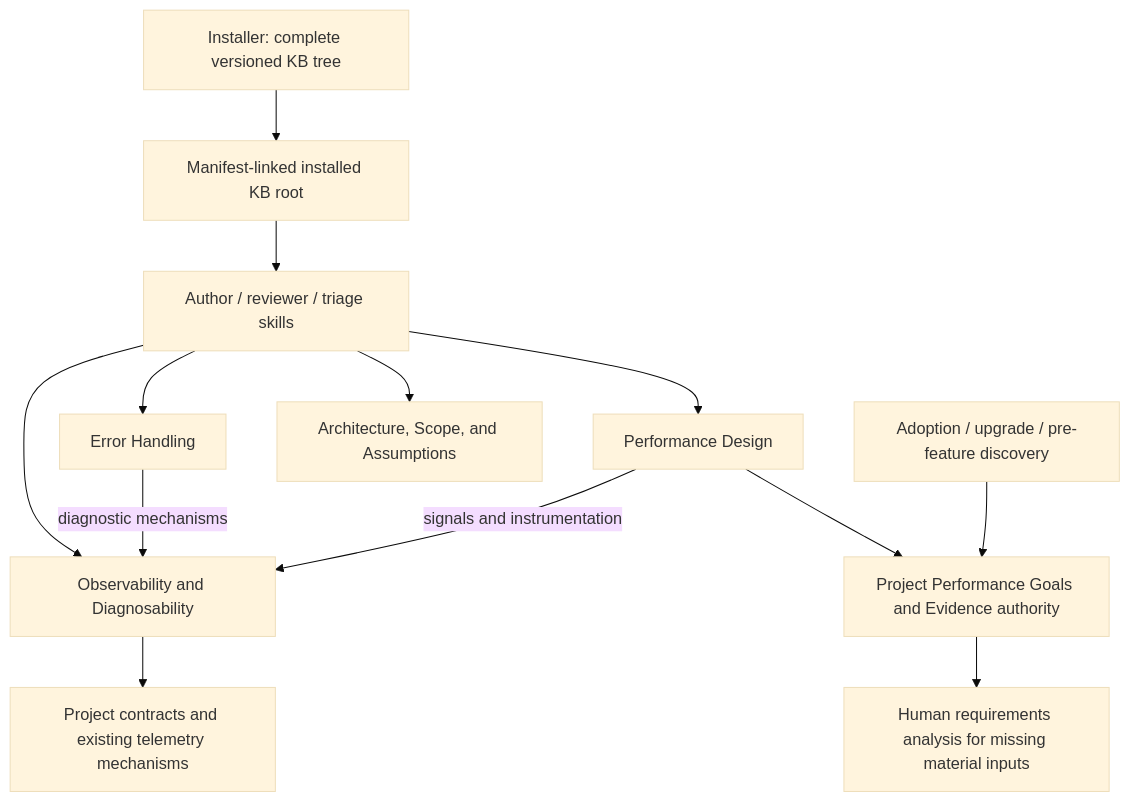
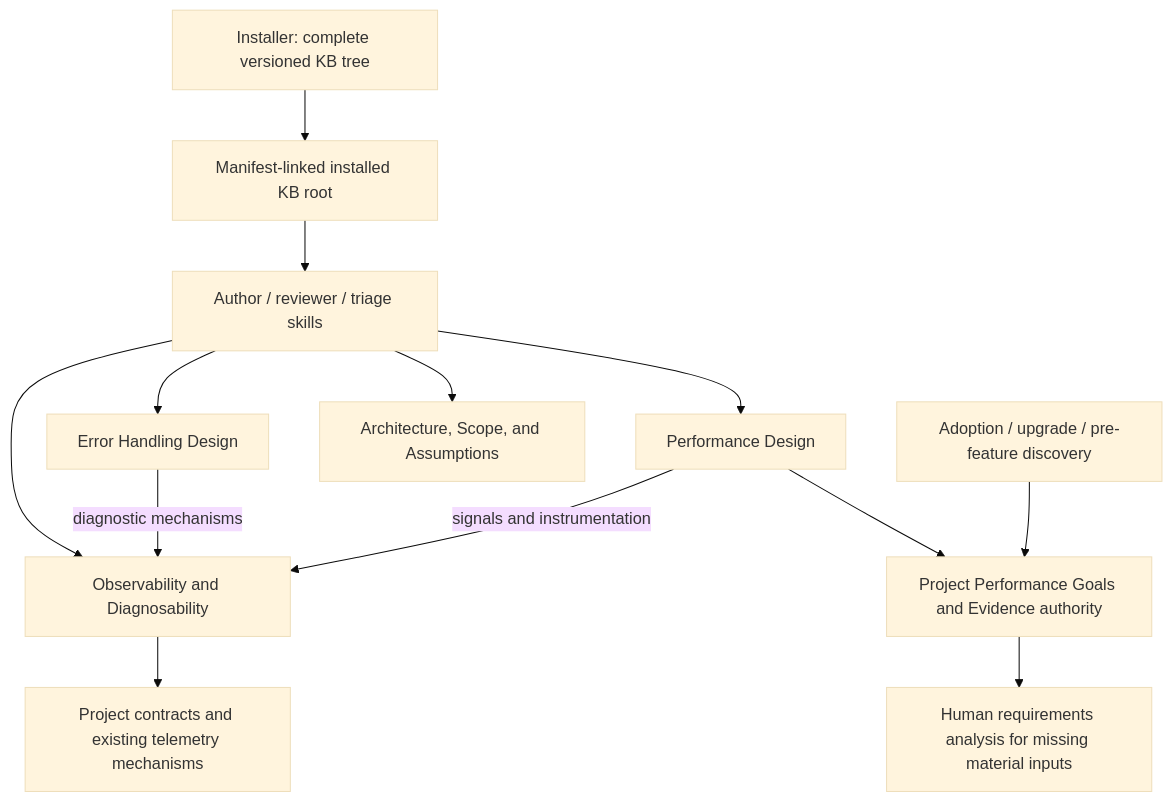
The diagram in .github/spec-driven-delivery/solution-whiteboard.md (hhhhhusky777/spec-driven-delivery-playbook), drawn with Mermaid (base theme) before and after one commit. The commit also changed other lines of this file, not shown here.

````diff
--- a/.github/spec-driven-delivery/solution-whiteboard.md
+++ b/.github/spec-driven-delivery/solution-whiteboard.md
@@ -103,15 +103,15 @@
 ```mermaid
 flowchart TD
     W["Author / reviewer / triage skills"] --> O["Observability and Diagnosability"]
-    W --> E["Error Handling"]
+    W --> E["Error Handling Design"]
     W --> P["Performance Design"]
     W --> A["Architecture, Scope, and Assumptions"]
     P --> G["Project Performance Goals and Evidence authority"]
     M["Adoption / upgrade / pre-feature discovery"] --> G
     G --> H["Human requirements analysis for missing material inputs"]
     E -->|"diagnostic mechanisms"| O
     P -->|"signals and instrumentation"| O
     O --> C["Project contracts and existing telemetry mechanisms"]
     I["Installer: complete versioned KB tree"] --> K["Manifest-linked installed KB root"]
     K --> W
 ```
````
